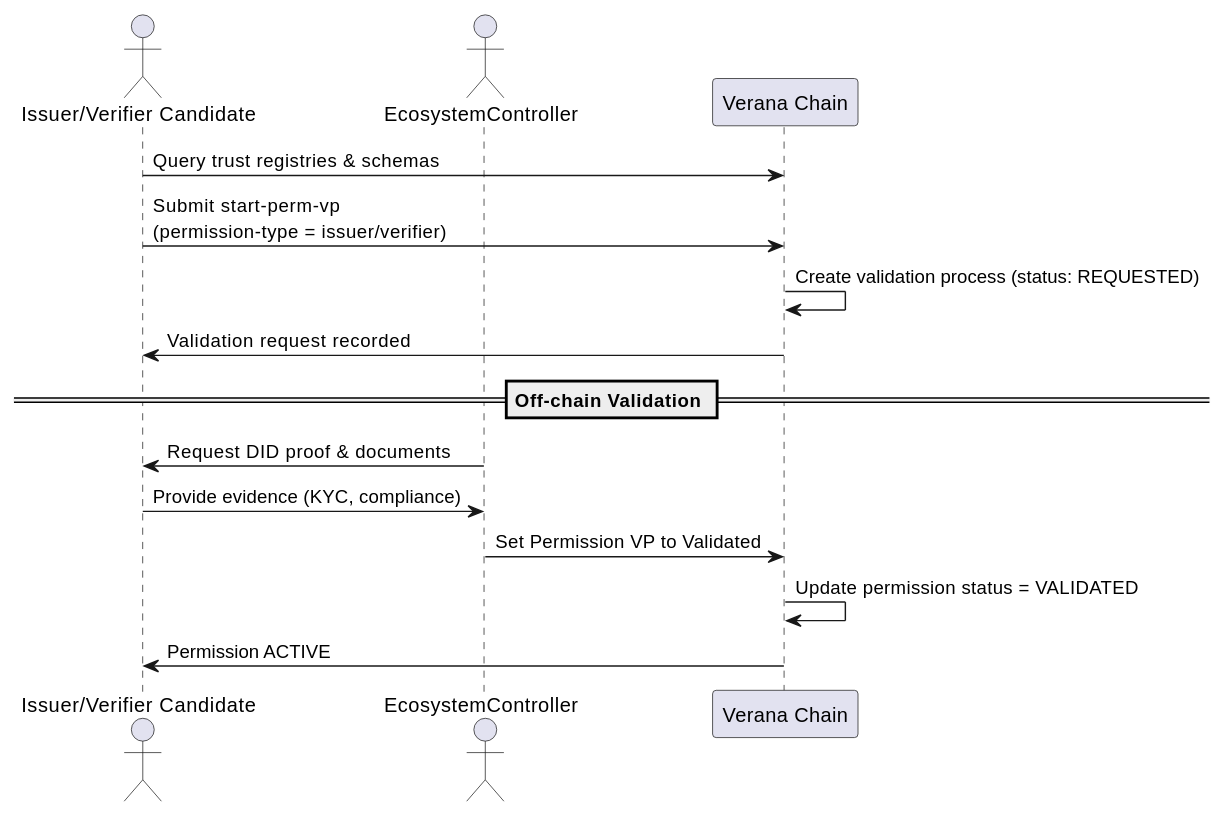
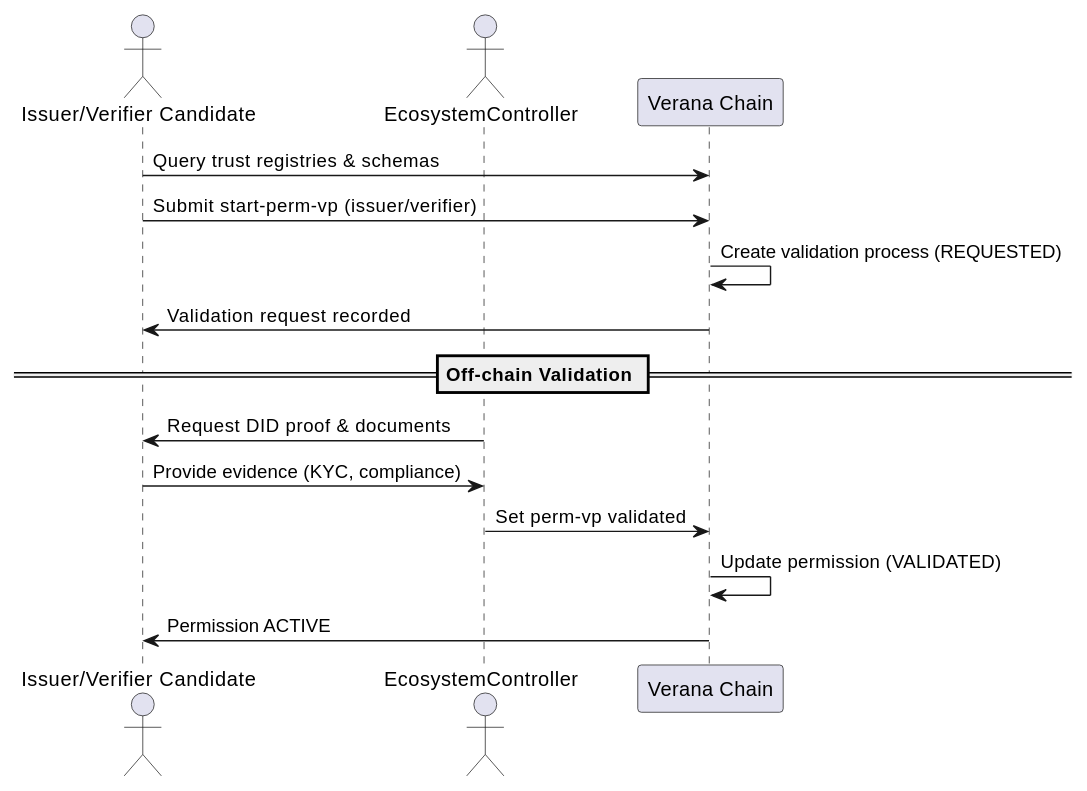
The third of 5 diagrams in docs/use/ecosystems/20-onboarding.md (verana-labs/verana-docs), drawn with PlantUML before and after one commit. The commit also changed other lines of this file, not shown here.

Commit message:
feat: improve validation process

````diff
--- a/docs/use/ecosystems/20-onboarding.md
+++ b/docs/use/ecosystems/20-onboarding.md
@@ -210,19 +208,19 @@
 ```plantuml
 @startuml
 actor "Issuer/Verifier Candidate" as Applicant
 actor EcosystemController
 participant "Verana Chain" as Chain
 
 Applicant -> Chain: Query trust registries & schemas
-Applicant -> Chain: Submit start-perm-vp\n(permission-type = issuer/verifier)
-Chain -> Chain: Create validation process (status: REQUESTED)
+Applicant -> Chain: Submit start-perm-vp (issuer/verifier)
+Chain -> Chain: Create validation process (REQUESTED)
 Applicant <- Chain: Validation request recorded
 
 == Off-chain Validation ==
 EcosystemController -> Applicant: Request DID proof & documents
 Applicant -> EcosystemController: Provide evidence (KYC, compliance)
-EcosystemController -> Chain: Set Permission VP to Validated
-Chain -> Chain: Update permission status = VALIDATED
+EcosystemController -> Chain: Set perm-vp validated
+Chain -> Chain: Update permission (VALIDATED)
 Applicant <- Chain: Permission ACTIVE
 @enduml
 ```
````
